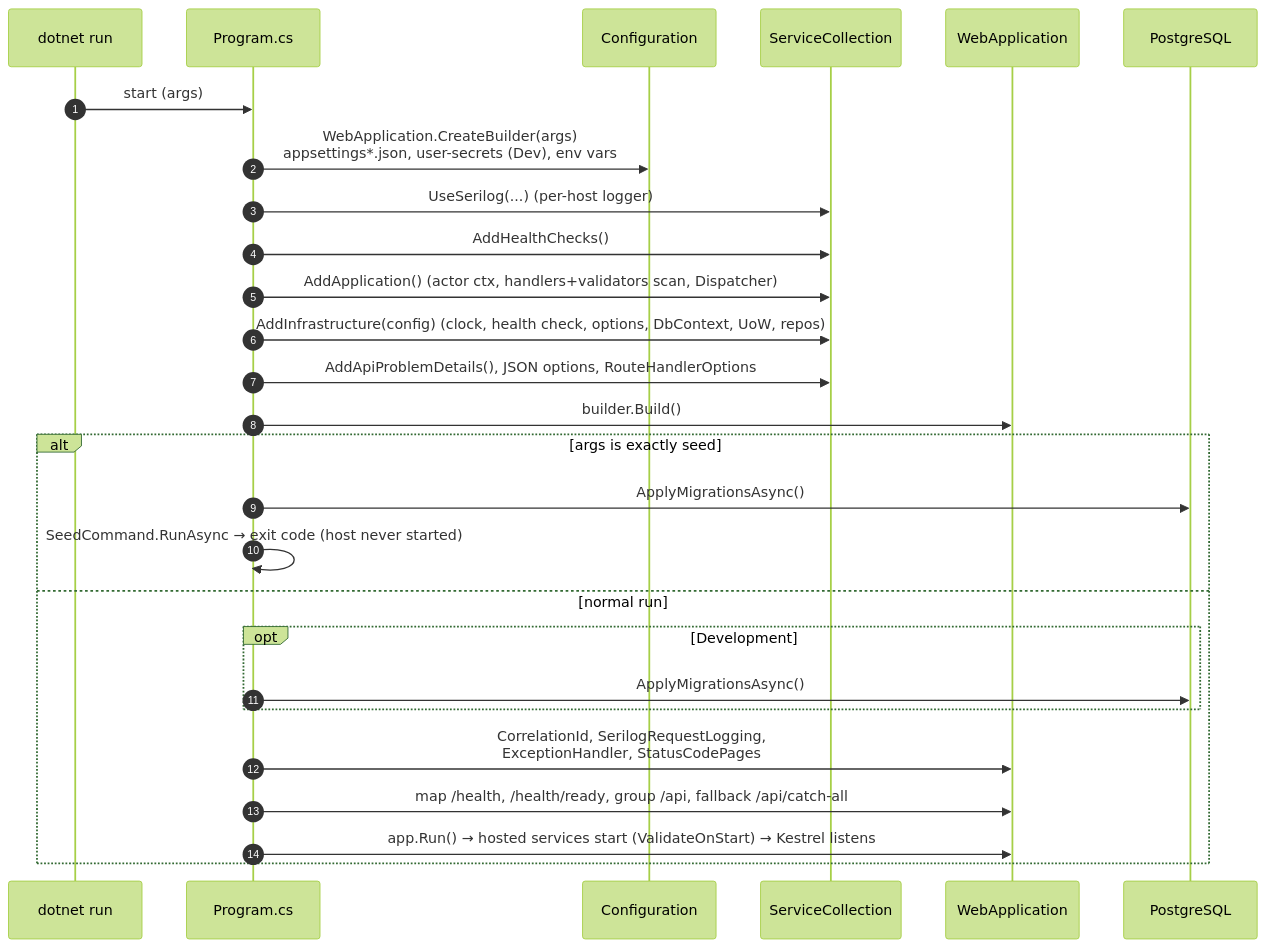
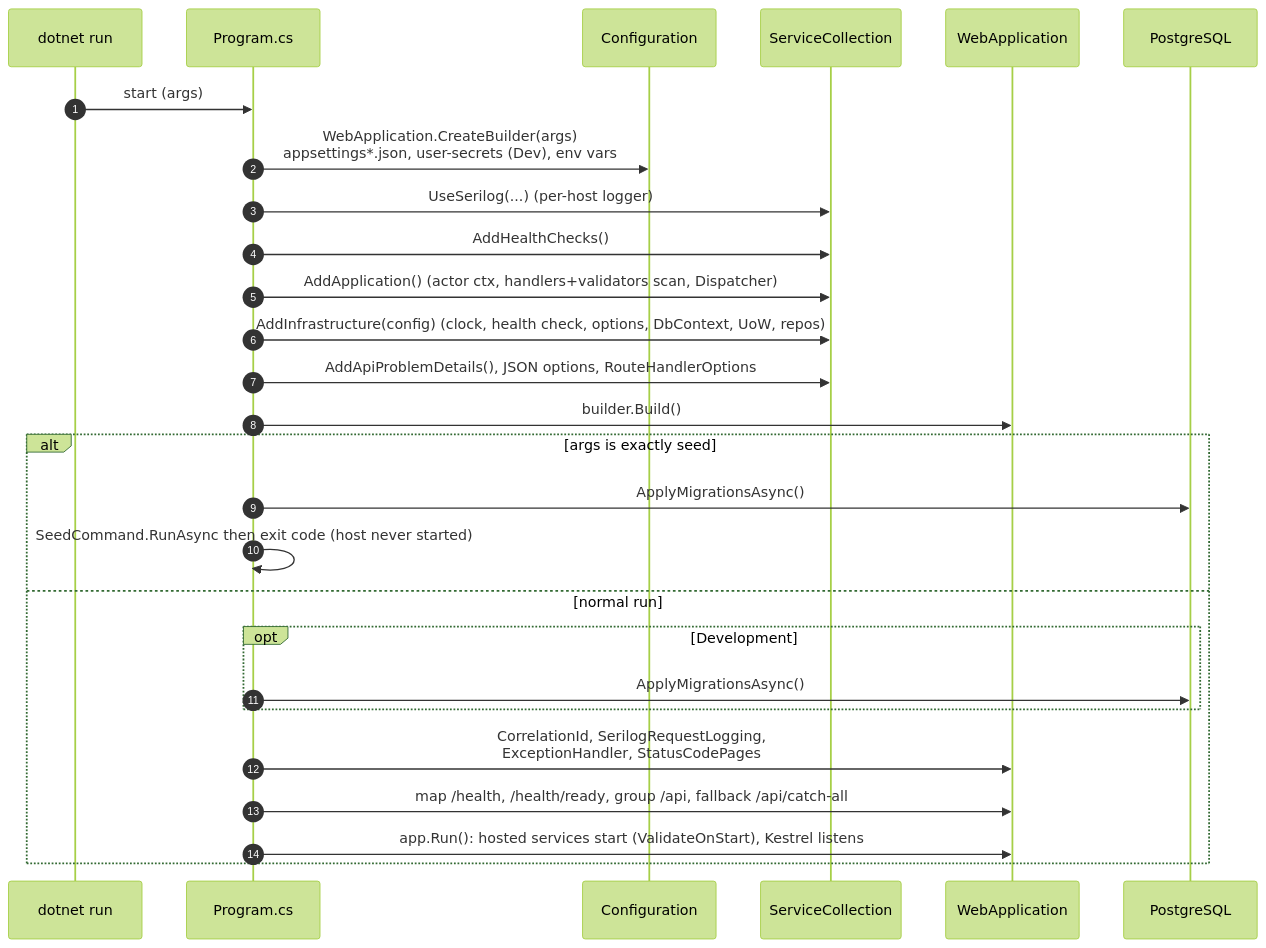
The third of 18 diagrams in docs/PROJECT_OVERVIEW.md (youssef623/tutoring-centre), drawn with Mermaid (forest theme) before and after one commit. The commit also changed other lines of this file, not shown here.

````diff
--- a/docs/PROJECT_OVERVIEW.md
+++ b/docs/PROJECT_OVERVIEW.md
@@ -215,29 +216,29 @@
 ```mermaid
 sequenceDiagram
     autonumber
     participant OS as dotnet run
     participant P as Program.cs
     participant CFG as Configuration
     participant DI as ServiceCollection
     participant APP as WebApplication
     participant DB as PostgreSQL
     OS->>P: start (args)
     P->>CFG: WebApplication.CreateBuilder(args)<br/>appsettings*.json, user-secrets (Dev), env vars
     P->>DI: UseSerilog(...) (per-host logger)
     P->>DI: AddHealthChecks()
     P->>DI: AddApplication() (actor ctx, handlers+validators scan, Dispatcher)
     P->>DI: AddInfrastructure(config) (clock, health check, options, DbContext, UoW, repos)
     P->>DI: AddApiProblemDetails(), JSON options, RouteHandlerOptions
     P->>APP: builder.Build()
     alt args is exactly seed
         P->>DB: ApplyMigrationsAsync()
-        P->>P: SeedCommand.RunAsync → exit code (host never started)
+        P->>P: SeedCommand.RunAsync then exit code (host never started)
     else normal run
         opt Development
             P->>DB: ApplyMigrationsAsync()
         end
         P->>APP: CorrelationId, SerilogRequestLogging,<br/>ExceptionHandler, StatusCodePages
         P->>APP: map /health, /health/ready, group /api, fallback /api/catch-all
-        P->>APP: app.Run() → hosted services start (ValidateOnStart) → Kestrel listens
+        P->>APP: app.Run(): hosted services start (ValidateOnStart), Kestrel listens
     end
 ```
````
